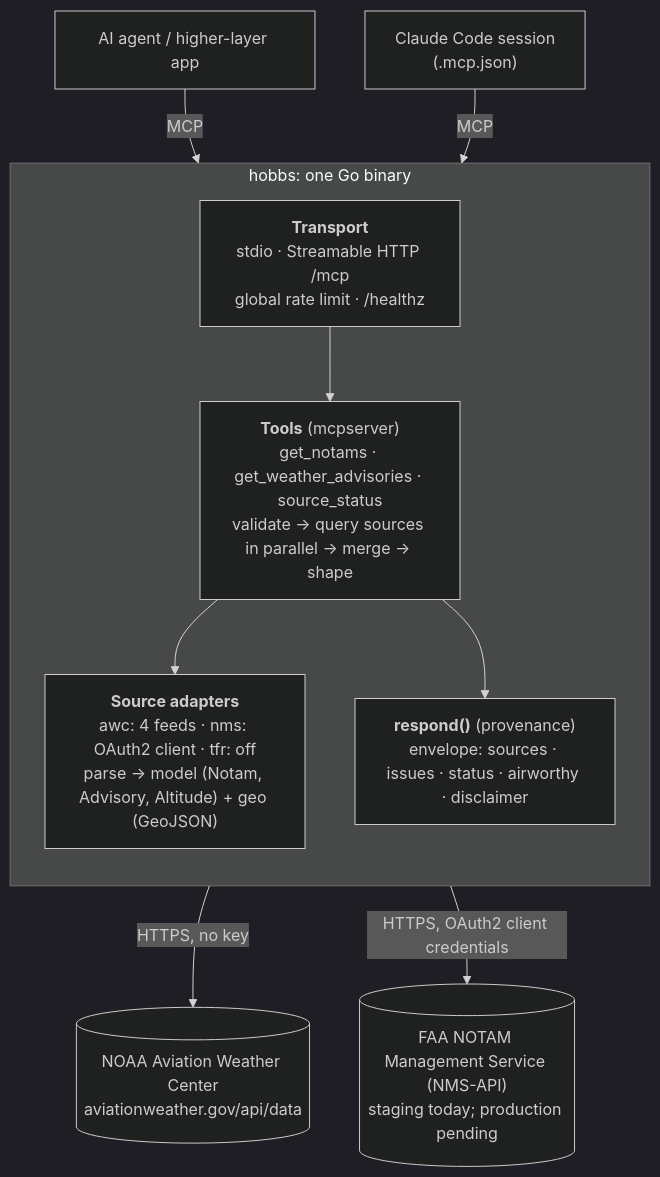
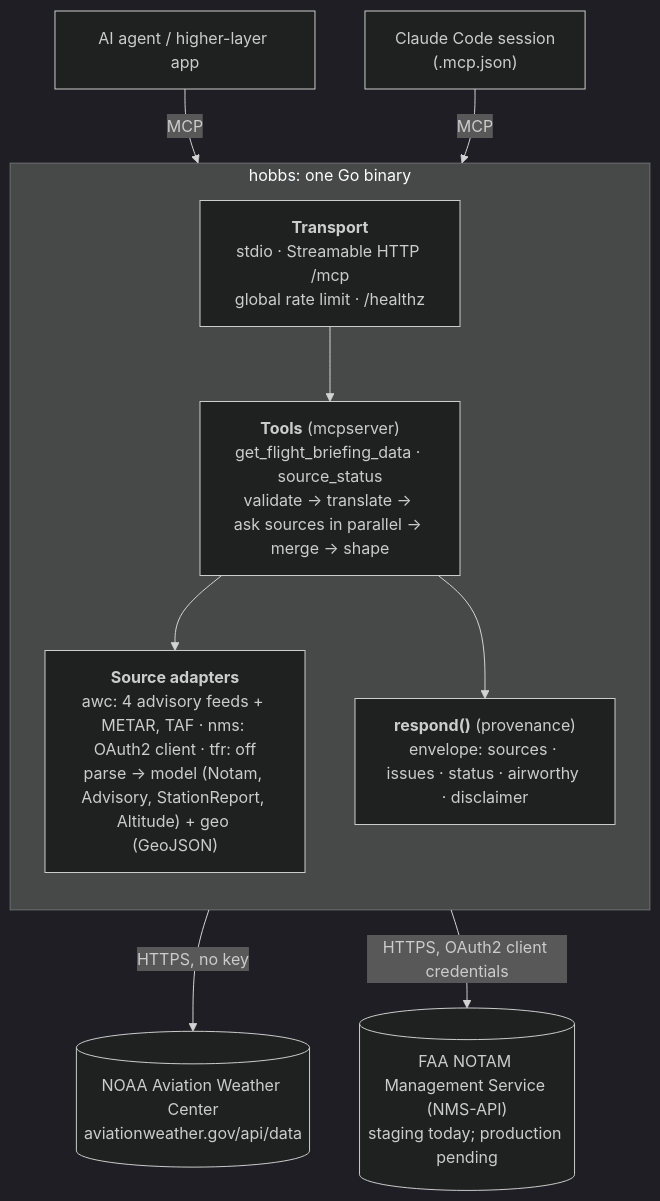
One commit to davidhinkes/hobbs changed the first of 2 diagrams in docs/DESIGN.md. Above: the diagram before and after it, drawn with Mermaid (dark theme). The commit also changed other lines of this file and 4 other files, not shown here.

First line of the commit message:
Document get_flight_briefing_data, METARs and TAFs

````diff
--- a/docs/DESIGN.md
+++ b/docs/DESIGN.md
@@ -114,24 +114,24 @@
 ```mermaid
 flowchart TB
   agent["AI agent / higher-layer app"]
   cc["Claude Code session<br/>(.mcp.json)"]
 
   subgraph hobbs["hobbs: one Go binary"]
     direction TB
     transport["<b>Transport</b><br/>stdio · Streamable HTTP /mcp<br/>global rate limit · /healthz"]
-    tools["<b>Tools</b> (mcpserver)<br/>get_notams · get_weather_advisories · source_status<br/>validate → query sources in parallel → merge → shape"]
+    tools["<b>Tools</b> (mcpserver)<br/>get_flight_briefing_data · source_status<br/>validate → translate → ask sources in parallel → merge → shape"]
     env["<b>respond()</b> (provenance)<br/>envelope: sources · issues · status · airworthy · disclaimer"]
-    adapters["<b>Source adapters</b><br/>awc: 4 feeds · nms: OAuth2 client · tfr: off<br/>parse → model (Notam, Advisory, Altitude) + geo (GeoJSON)"]
+    adapters["<b>Source adapters</b><br/>awc: 4 advisory feeds + METAR, TAF · nms: OAuth2 client · tfr: off<br/>parse → model (Notam, Advisory, StationReport, Altitude) + geo (GeoJSON)"]
     transport --> tools
     tools --> adapters
     tools --> env
   end
 
   awc[("NOAA Aviation Weather Center<br/>aviationweather.gov/api/data")]
   nms[("FAA NOTAM Management Service (NMS-API)<br/>staging today; production pending")]
 
   agent -- "MCP" --> transport
   cc -- "MCP" --> transport
   adapters -- "HTTPS, no key" --> awc
   adapters -- "HTTPS, OAuth2 client credentials" --> nms
 ```
````
